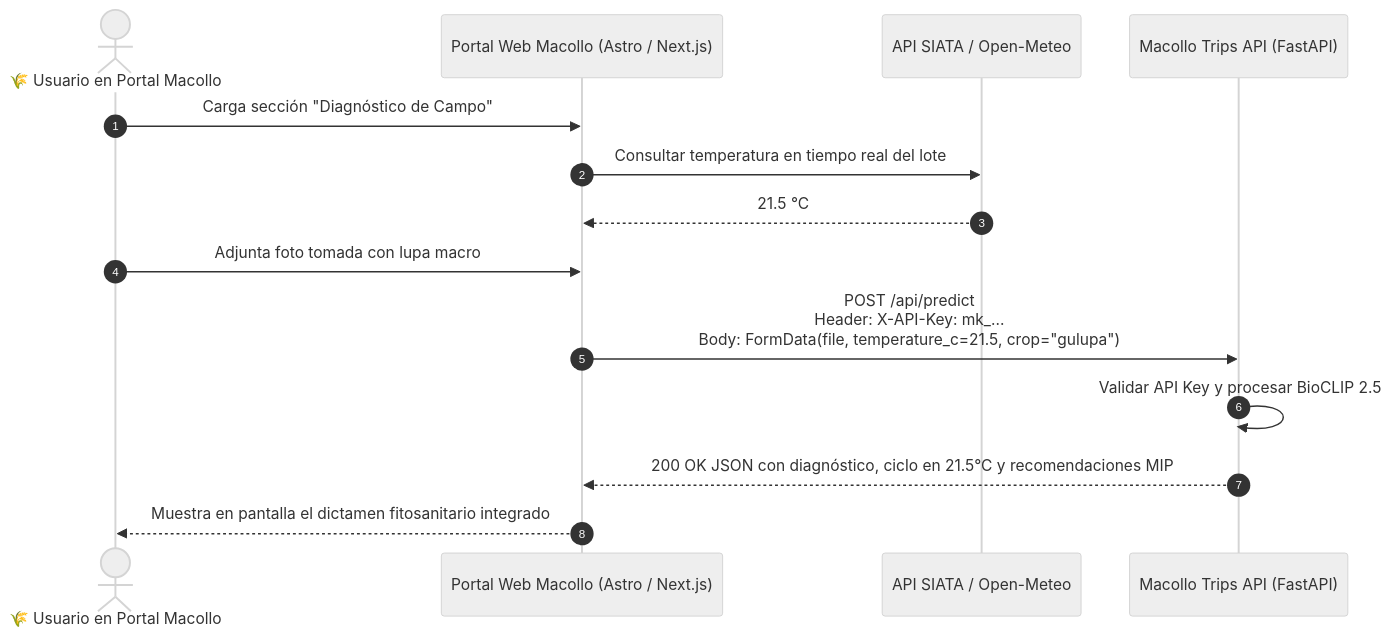
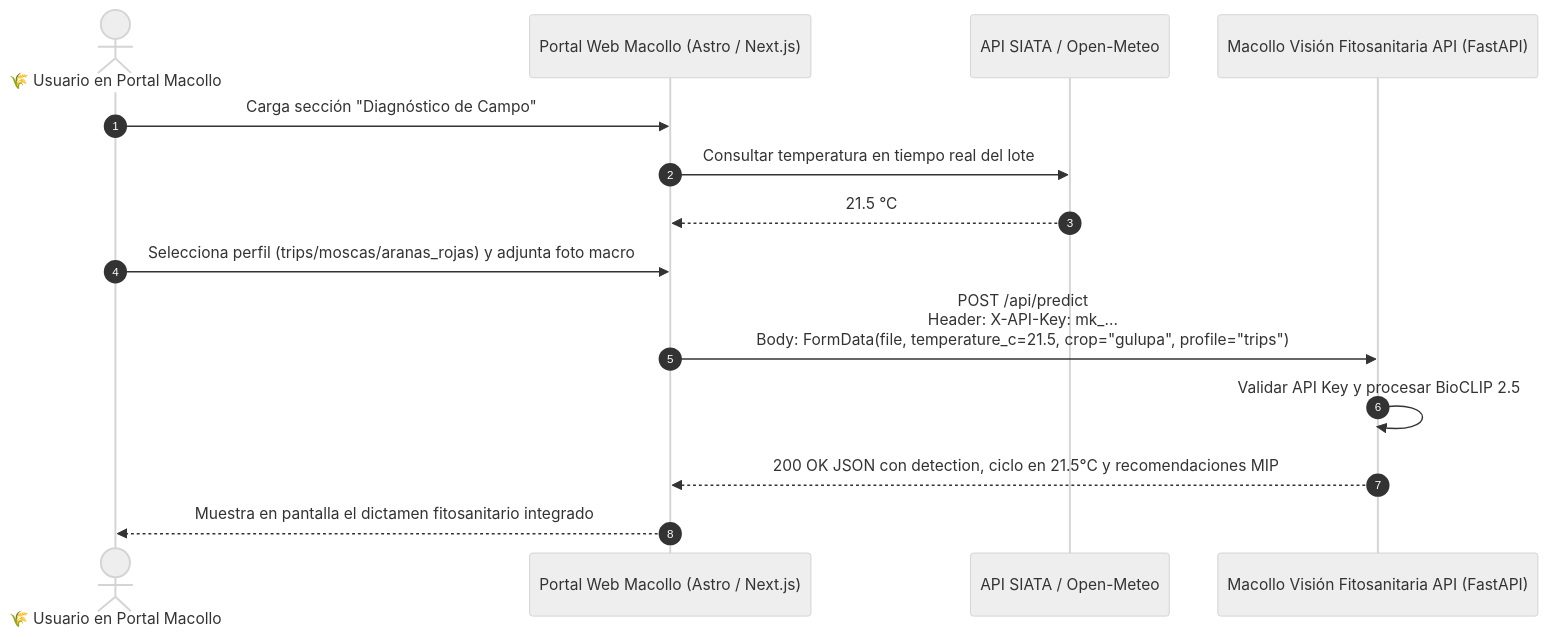
The fourth of 4 diagrams in docs/SEQUENCE_DIAGRAMS.md (VoctorMCL/macollo-trips-api), drawn with Mermaid (neutral theme) before and after one commit. The commit also changed other lines of this file and 61 other files, not shown here.

````diff
--- a/docs/SEQUENCE_DIAGRAMS.md
+++ b/docs/SEQUENCE_DIAGRAMS.md
@@ -132,21 +133,21 @@
 ```mermaid
 sequenceDiagram
     autonumber
     actor Usuario as 🌾 Usuario en Portal Macollo
     participant Web as Portal Web Macollo (Astro / Next.js)
     participant Weather as API SIATA / Open-Meteo
-    participant TripsAPI as Macollo Trips API (FastAPI)
+    participant TripsAPI as Macollo Visión Fitosanitaria API (FastAPI)
 
     Usuario->>Web: Carga sección "Diagnóstico de Campo"
     Web->>Weather: Consultar temperatura en tiempo real del lote
     Weather-->>Web: 21.5 °C
     
-    Usuario->>Web: Adjunta foto tomada con lupa macro
+    Usuario->>Web: Selecciona perfil (trips/moscas/aranas_rojas) y adjunta foto macro
     
-    Web->>TripsAPI: POST /api/predict<br/>Header: X-API-Key: mk_...<br/>Body: FormData(file, temperature_c=21.5, crop="gulupa")
+    Web->>TripsAPI: POST /api/predict<br/>Header: X-API-Key: mk_...<br/>Body: FormData(file, temperature_c=21.5, crop="gulupa", profile="trips")
     
     TripsAPI->>TripsAPI: Validar API Key y procesar BioCLIP 2.5
-    TripsAPI-->>Web: 200 OK JSON con diagnóstico, ciclo en 21.5°C y recomendaciones MIP
+    TripsAPI-->>Web: 200 OK JSON con detection, ciclo en 21.5°C y recomendaciones MIP
     
     Web-->>Usuario: Muestra en pantalla el dictamen fitosanitario integrado
 ```
````
